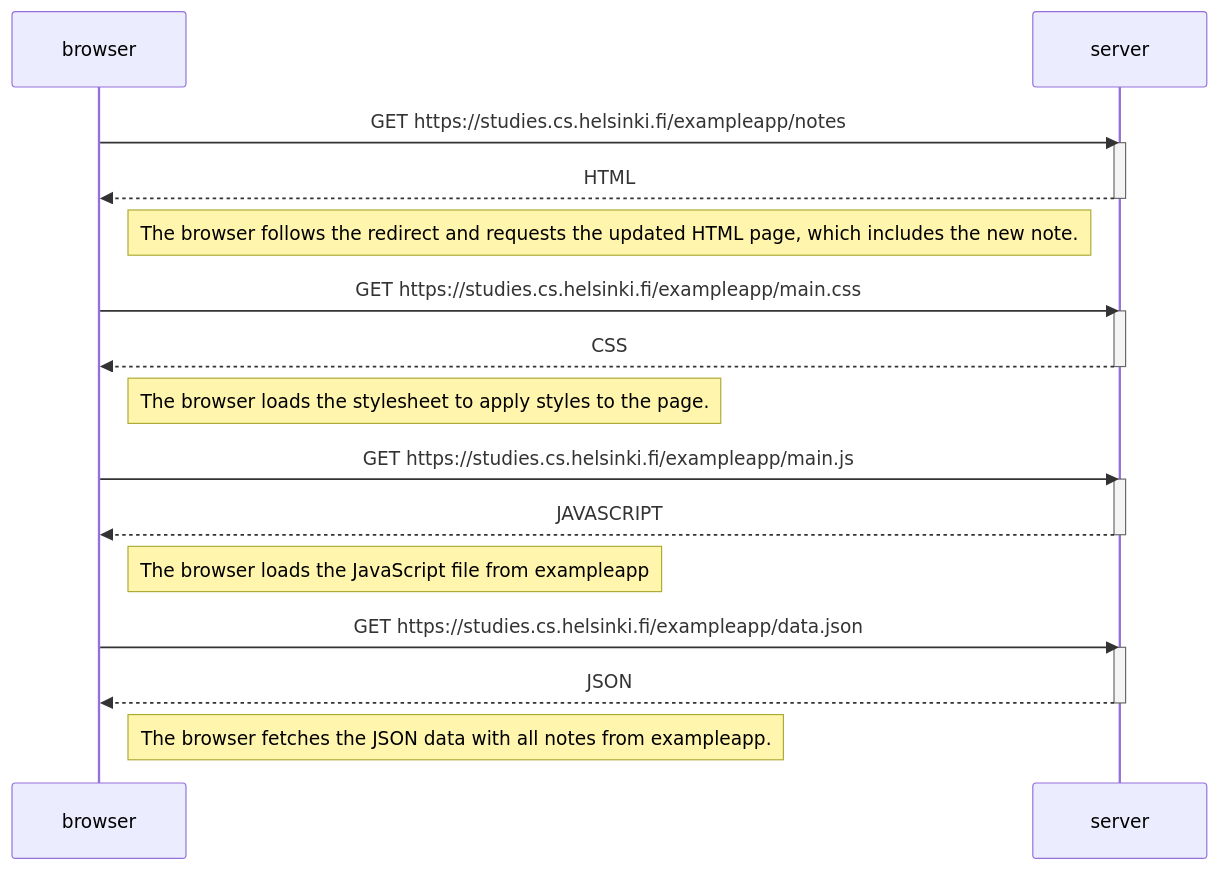
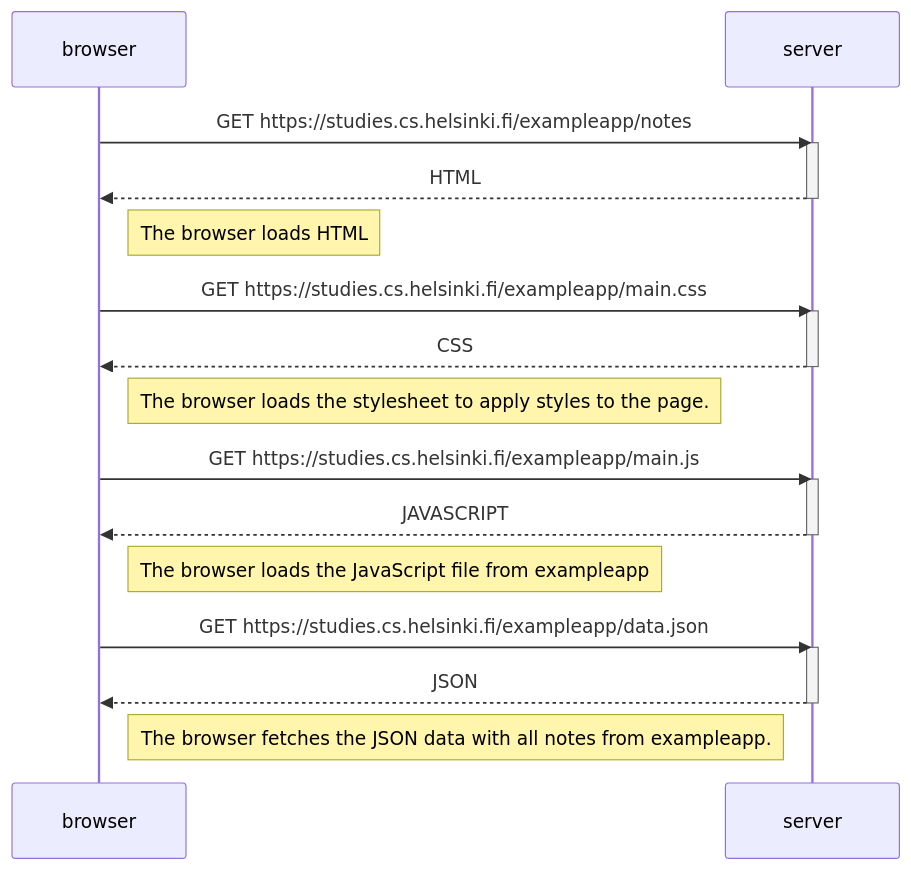
Before and after one commit to jenniferbatacan/Full-Stack-Open: the diagram in part0/0.5-single-page-app.md, drawn with Mermaid.

````diff
--- a/part0/0.5-single-page-app.md
+++ b/part0/0.5-single-page-app.md
@@ -1,30 +1,30 @@
 ```mermaid
 sequenceDiagram
     browser->>server: GET https://studies.cs.helsinki.fi/exampleapp/notes
     activate server
     server-->>browser: HTML
     deactivate server
 
-    Note right of browser: The browser follows the redirect and requests the updated HTML page, which includes the new note.
+    Note right of browser: The browser loads HTML 
 
     browser->>server: GET https://studies.cs.helsinki.fi/exampleapp/main.css
     activate server
     server-->>browser: CSS
     deactivate server
 
     Note right of browser: The browser loads the stylesheet to apply styles to the page.
 
     browser->>server: GET https://studies.cs.helsinki.fi/exampleapp/main.js
     activate server
     server-->>browser: JAVASCRIPT
     deactivate server
 
     Note right of browser: The browser loads the JavaScript file from exampleapp
 
     browser->>server: GET https://studies.cs.helsinki.fi/exampleapp/data.json
     activate server
     server-->>browser: JSON
     deactivate server
 
     Note right of browser: The browser fetches the JSON data with all notes from exampleapp. 
 ```
````
